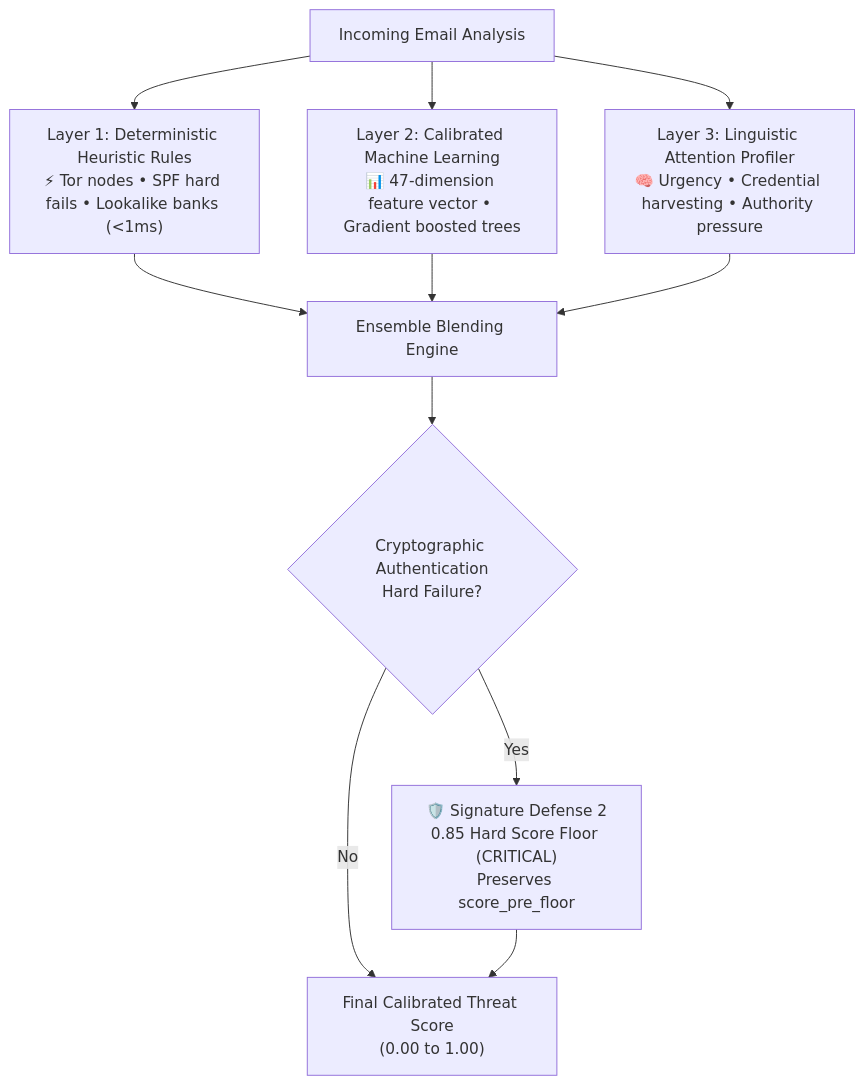
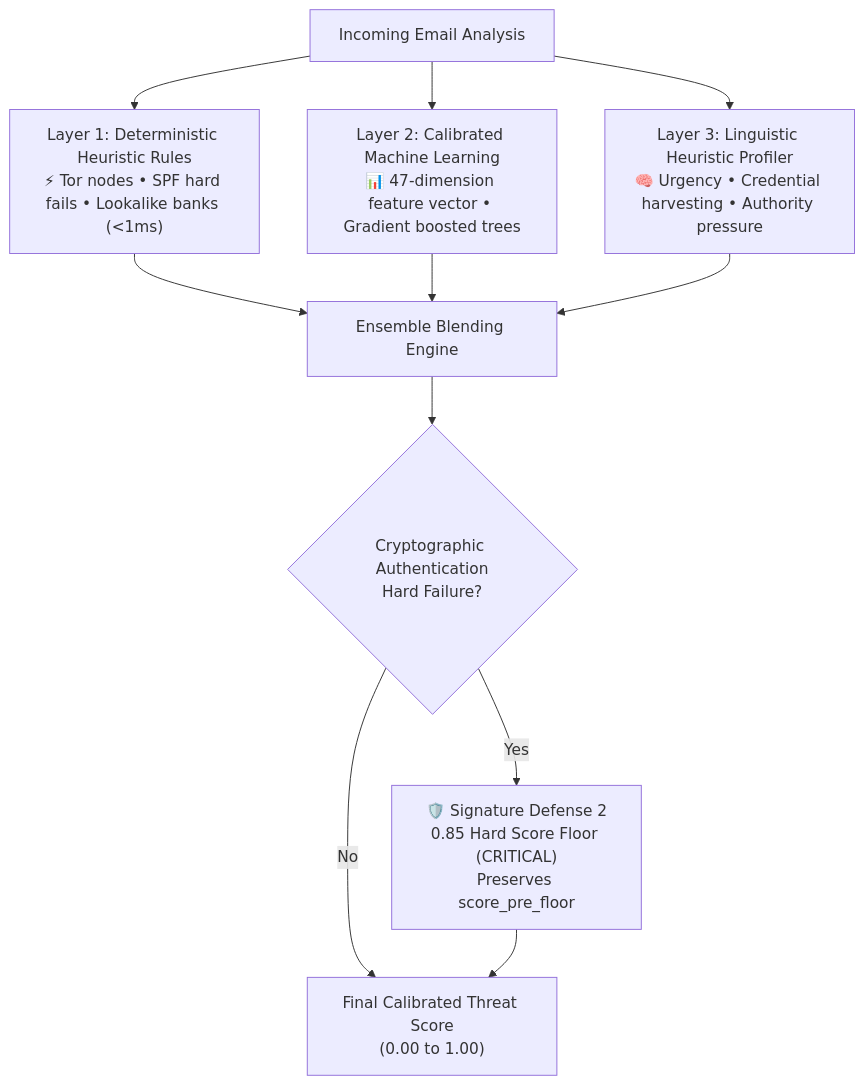
One commit to Parth-tab/SENTRY-AI-Powered-Email-Threat-Detection changed the second of 2 diagrams in docs/onboarding/03-HOW-IT-WORKS.md. Above: the diagram before and after it, drawn with Mermaid. The commit also changed other lines of this file and 5 other files, not shown here.

````diff
--- a/docs/onboarding/03-HOW-IT-WORKS.md
+++ b/docs/onboarding/03-HOW-IT-WORKS.md
@@ -156,15 +156,15 @@
 ```mermaid
 flowchart TD
     E["Incoming Email Analysis"] --> L1["Layer 1: Deterministic Heuristic Rules<br/>⚡ Tor nodes • SPF hard fails • Lookalike banks (<1ms)"]
     E --> L2["Layer 2: Calibrated Machine Learning<br/>📊 47-dimension feature vector • Gradient boosted trees"]
-    E --> L3["Layer 3: Linguistic Attention Profiler<br/>🧠 Urgency • Credential harvesting • Authority pressure"]
+    E --> L3["Layer 3: Linguistic Heuristic Profiler<br/>🧠 Urgency • Credential harvesting • Authority pressure"]
 
     L1 --> B["Ensemble Blending Engine"]
     L2 --> B
     L3 --> B
 
     B --> F{"Cryptographic Authentication<br/>Hard Failure?"}
     F -- "Yes" --> Floor["🛡️ Signature Defense 2<br/>0.85 Hard Score Floor (CRITICAL)<br/>Preserves score_pre_floor"]
     F -- "No" --> Final["Final Calibrated Threat Score<br/>(0.00 to 1.00)"]
     Floor --> Final
 ```
````
